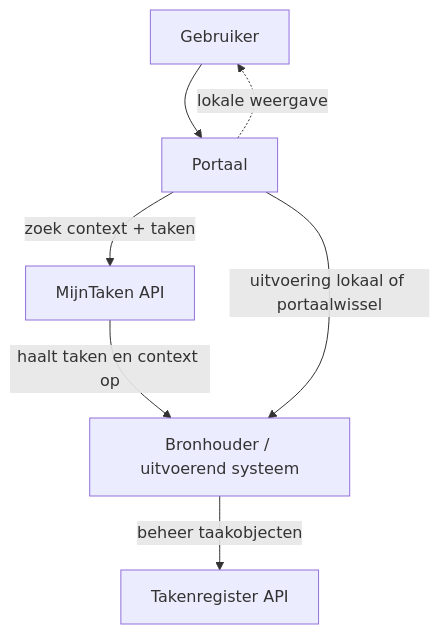
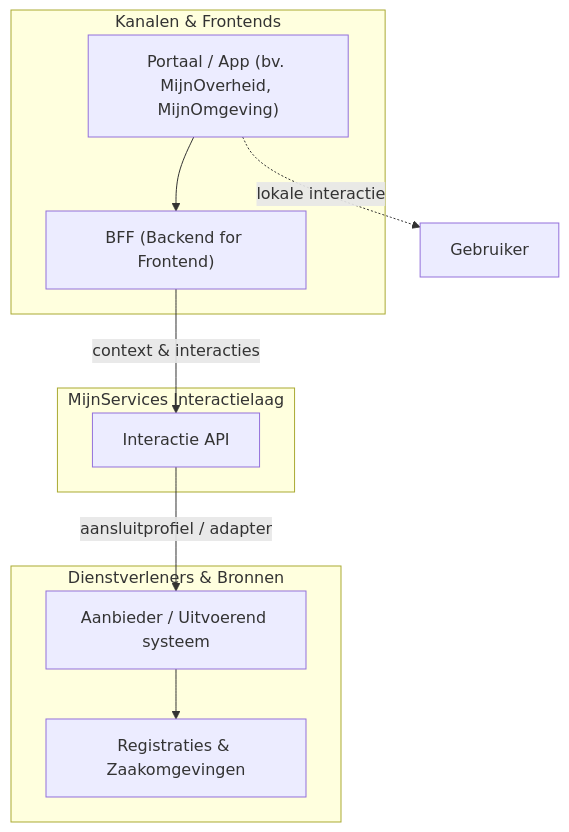
Before and after one commit to VNG-Realisatie/mijn-services-documentatie: the first of 2 diagrams in docs/mijn-services/interactie-api/positionering.md, drawn with Mermaid. The commit also changed other lines of this file and 9 other files, not shown here.

````diff
--- a/docs/mijn-services/interactie-api/positionering.md
+++ b/docs/mijn-services/interactie-api/positionering.md
@@ -154,16 +13,22 @@
 ```mermaid
 flowchart TD
-	GEBRUIKER[Gebruiker]
-	PORTAAL[Portaal]
-	MIJNTAKEN[MijnTaken API]
-	BRON[Bronhouder / uitvoerend systeem]
-	REGISTER[Takenregister API]
+    subgraph Kanalen["Kanalen & Frontends"]
+        PORTAAL["Portaal / App (bv. MijnOverheid, MijnOmgeving)"]
+        BFF["BFF (Backend for Frontend)"]
+    end
 
-	GEBRUIKER --> PORTAAL
-	PORTAAL -->|zoek context + taken| MIJNTAKEN
-	MIJNTAKEN -->|haalt taken en context op| BRON
-	PORTAAL -. lokale weergave .-> GEBRUIKER
-	PORTAAL -->|uitvoering lokaal of portaalwissel| BRON
+    subgraph Interactielaag["MijnServices Interactielaag"]
+        API["Interactie API"]
+    end
 
-	BRON -->|beheer taakobjecten| REGISTER
+    subgraph Uitvoering["Dienstverleners & Bronnen"]
+        BRON["Aanbieder / Uitvoerend systeem"]
+        REGISTER["Registraties & Zaakomgevingen"]
+    end
+
+    PORTAAL --> BFF
+    BFF -->|context & interacties| API
+    API -->|aansluitprofiel / adapter| BRON
+    PORTAAL -.->|lokale interactie| GEBRUIKER[Gebruiker]
+    BRON --> REGISTER
 ```
````
